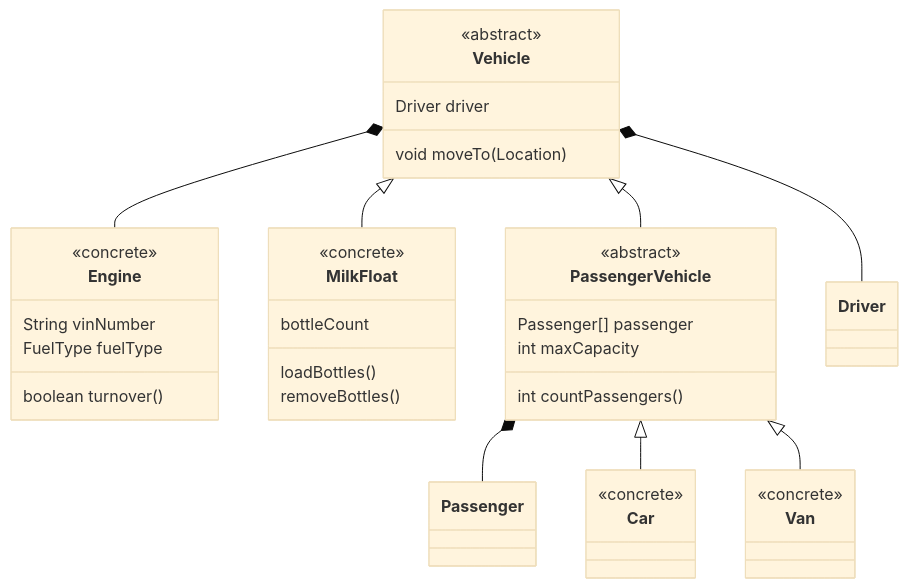
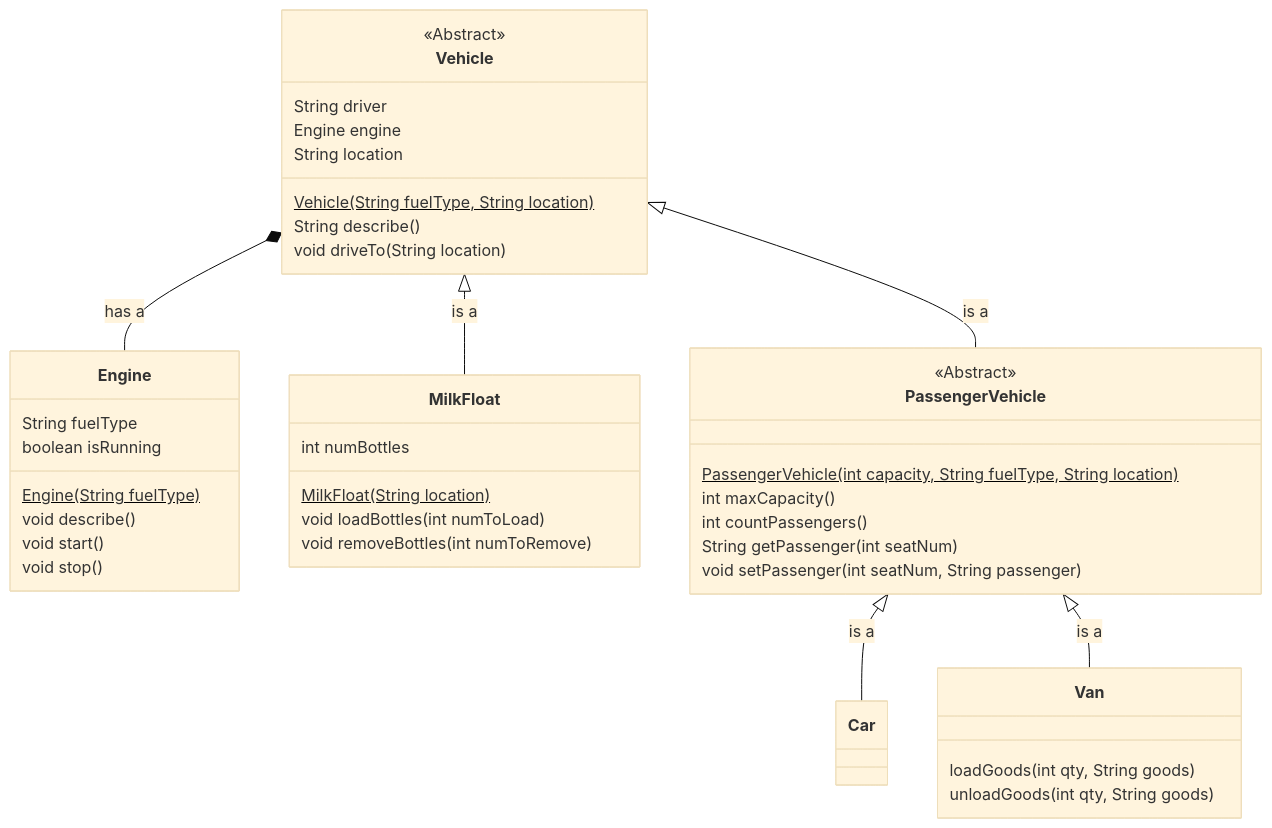
The diagram in docs/WEEK_02.md (steve-fforde/animal-kingdom), drawn with Mermaid (base theme) before and after one commit. The commit also changed other lines of this file and 43 other files, not shown here.

````diff
--- a/docs/WEEK_02.md
+++ b/docs/WEEK_02.md
@@ -7,39 +7,48 @@
 ```mermaid
 classDiagram
+
     class Vehicle{
-        <<abstract>>
-        Driver driver
-        void moveTo(Location)
+        <<Abstract>>
+        String driver
+        Engine engine
+        String location
+        Vehicle(String fuelType, String location)$
+        String describe()
+        void driveTo(String location)
     }
     class Engine{
-        <<concrete>>
-        String vinNumber
-        FuelType fuelType
-        boolean turnover()
+        String fuelType
+        boolean isRunning
+        Engine(String fuelType)$
+        void describe()
+        void start()
+        void stop()
     }
     class MilkFloat{
-        <<concrete>>
-        bottleCount
-        loadBottles()
-        removeBottles()
+        int numBottles
+        MilkFloat(String location)$
+        void loadBottles(int numToLoad)
+        void removeBottles(int numToRemove)
         }
     class PassengerVehicle{
-        <<abstract>>
-        Passenger[] passenger
-        int maxCapacity
+        <<Abstract>>
+        PassengerVehicle(int capacity, String fuelType, String location)$
+        int maxCapacity()
         int countPassengers()
+        String getPassenger(int seatNum)
+        void setPassenger(int seatNum, String passenger)
     }
     class Car{
-        <<concrete>>
+        
     }
     class Van{
-        <<concrete>>
+        loadGoods(int qty, String goods)
+        unloadGoods(int qty, String goods)
     }
-    Vehicle *-- Driver
-    Vehicle *-- Engine
-    Vehicle <|-- MilkFloat
-    Vehicle <|-- PassengerVehicle
-    PassengerVehicle *-- Passenger
-    PassengerVehicle <|-- Car
-    PassengerVehicle <|-- Van
+    Vehicle *-- Engine : has a
+    Vehicle <|-- MilkFloat : is a
+    Vehicle <|-- PassengerVehicle : is a
+    PassengerVehicle <|-- Car : is a
+    PassengerVehicle <|-- Van : is a
+
    ```
````
